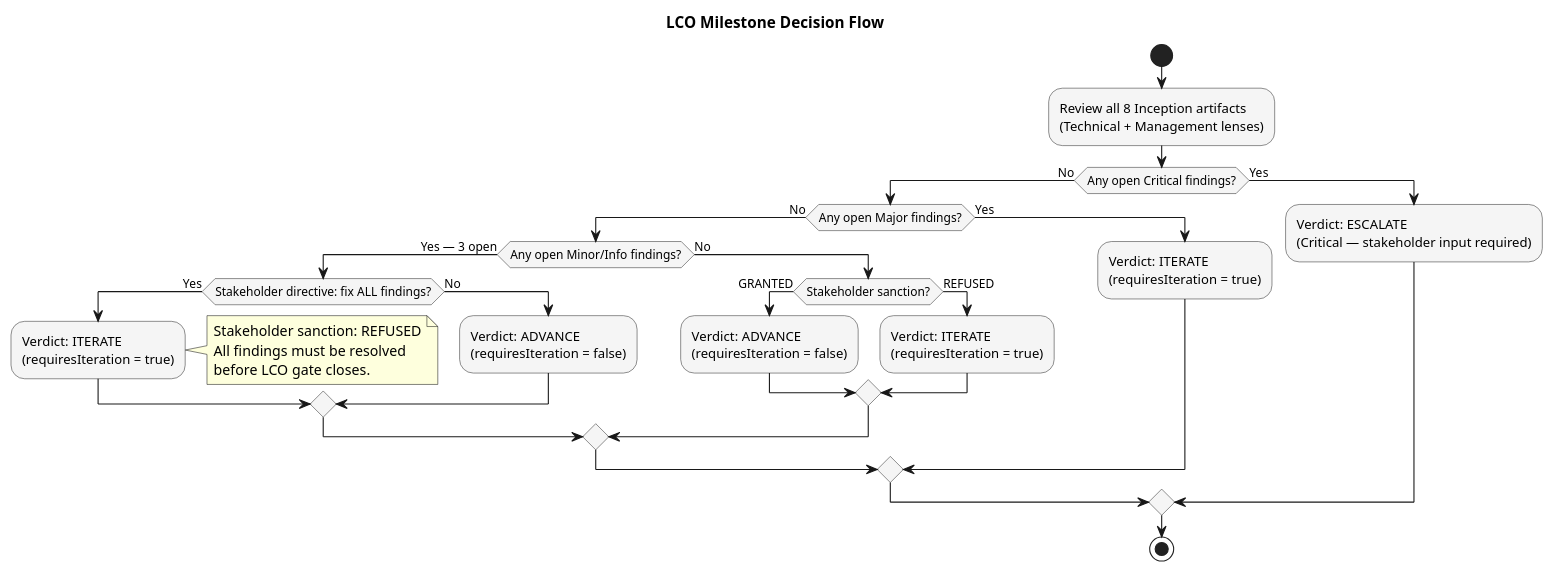
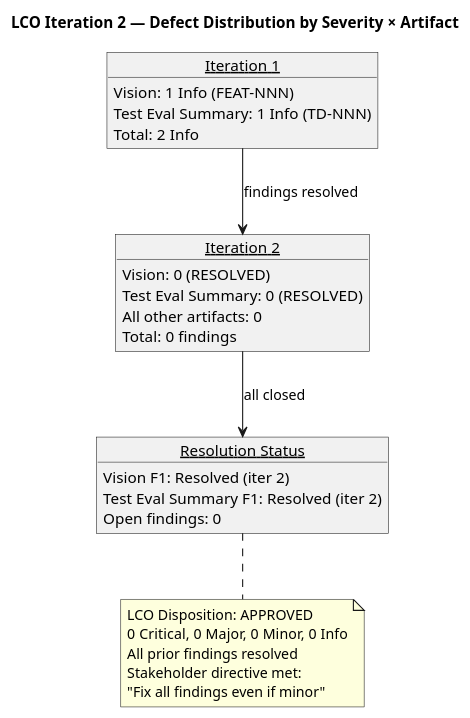
One commit to banense-test/portal-cuba-corp changed the second of 2 diagrams in docs/artifacts/project-management/review-record.md. Above: the diagram before and after it, drawn with PlantUML. The commit also changed other lines of this file, not shown here.

First line of the commit message:
Reviewer [I2]: upsert Review Record

````diff
--- a/docs/artifacts/project-management/review-record.md
+++ b/docs/artifacts/project-management/review-record.md
@@ -412,48 +214,38 @@
 ```plantuml
 @startuml
-title LCO Milestone Decision Flow
-skinparam activityBackgroundColor #F5F5F5
-skinparam activityBorderColor #333333
-skinparam shadowing false
+title LCO Iteration 2 — Defect Distribution by Severity × Artifact
 
-start
+skinparam style strictuml
 
-:Review all 8 Inception artifacts
-(Technical + Management lenses);
+object "Iteration 1" as ITER1 {
+  Vision: 1 Info (FEAT-NNN)
+  Test Eval Summary: 1 Info (TD-NNN)
+  Total: 2 Info
+}
 
-if (Any open Critical findings?) then (No)
-  if (Any open Major findings?) then (No)
-    if (Any open Minor/Info findings?) then (Yes — 3 open)
-      if (Stakeholder directive: fix ALL findings?) then (Yes)
-        :Verdict: ITERATE
-        (requiresIteration = true);
-        note right
-          Stakeholder sanction: REFUSED
-          All findings must be resolved
-          before LCO gate closes.
-        end note
-      else (No)
-        :Verdict: ADVANCE
-        (requiresIteration = false);
-      endif
-    else (No)
-      if (Stakeholder sanction?) then (GRANTED)
-        :Verdict: ADVANCE
-        (requiresIteration = false);
-      else (REFUSED)
-        :Verdict: ITERATE
-        (requiresIteration = true);
-      endif
-    endif
-  else (Yes)
-    :Verdict: ITERATE
-    (requiresIteration = true);
-  endif
-else (Yes)
-  :Verdict: ESCALATE
-  (Critical — stakeholder input required);
-endif
+object "Iteration 2" as ITER2 {
+  Vision: 0 (RESOLVED)
+  Test Eval Summary: 0 (RESOLVED)
+  All other artifacts: 0
+  Total: 0 findings
+}
 
-stop
+object "Resolution Status" as RES {
+  Vision F1: Resolved (iter 2)
+  Test Eval Summary F1: Resolved (iter 2)
+  Open findings: 0
+}
+
+ITER1 --> ITER2 : findings resolved
+ITER2 --> RES : all closed
+
+note bottom of RES
+  LCO Disposition: APPROVED
+  0 Critical, 0 Major, 0 Minor, 0 Info
+  All prior findings resolved
+  Stakeholder directive met:
+  "Fix all findings even if minor"
+end note
+
 @enduml
 ```
````
